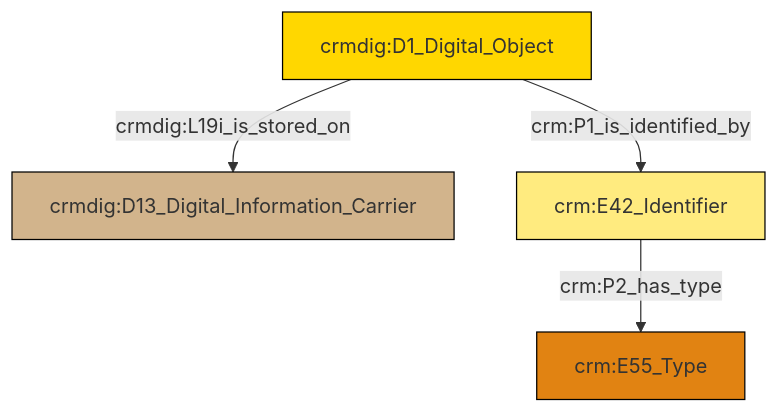
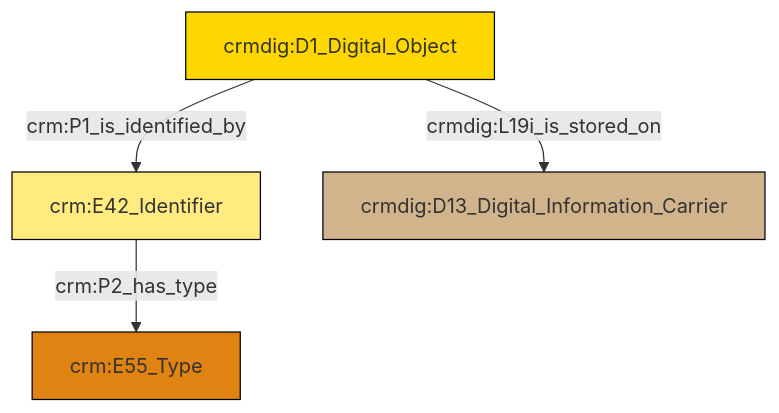
One commit to swiss-art-research-net/reference-data-models changed the diagram in et/doCSV/ttl/mmd/do_location.ttl.mmd. Above: the diagram before and after it, drawn with Mermaid. The commit also changed 124 other files, not shown here.

```diff
--- a/et/doCSV/ttl/mmd/do_location.ttl.mmd
+++ b/et/doCSV/ttl/mmd/do_location.ttl.mmd
@@ -1,18 +1,18 @@
 graph TD
 classDef Literal fill:#f2f2f2,stroke:#000000;
 classDef CRM_Entity fill:#FFFFFF,stroke:#000000;
 classDef Temporal_Entity fill:#00C9E6, stroke:#000000;
 classDef Type fill:#E18312, stroke:#000000;
 classDef Time-Span fill:#2C9C91, stroke:#000000;
 classDef Appellation fill:#FFEB7F, stroke:#000000;
 classDef Place fill:#008836, stroke:#000000;
 classDef Persistent_Item fill:#B266B2, stroke:#000000;
 classDef Conceptual_Object fill:#FFD700, stroke:#000000;
 classDef Physical_Thing fill:#D2B48C, stroke:#000000;
 classDef Actor fill:#f58aad, stroke:#000000;
 classDef PC_Classes fill:#4ce600, stroke:#000000;
 classDef Multi fill:#cccccc,stroke:#000000;
 
-2["crmdig:D1_Digital_Object"]:::Conceptual_Object -->|crmdig:L19i_is_stored_on| 0["crmdig:D13_Digital_Information_Carrier"]:::Physical_Thing
-2["crmdig:D1_Digital_Object"]:::Conceptual_Object -->|crm:P1_is_identified_by| 3["crm:E42_Identifier"]:::Appellation
-3["crm:E42_Identifier"]:::Appellation -->|crm:P2_has_type| 4["crm:E55_Type"]:::Type
+0["crmdig:D1_Digital_Object"]:::Conceptual_Object -->|crm:P1_is_identified_by| 1["crm:E42_Identifier"]:::Appellation
+0["crmdig:D1_Digital_Object"]:::Conceptual_Object -->|crmdig:L19i_is_stored_on| 2["crmdig:D13_Digital_Information_Carrier"]:::Physical_Thing
+1["crm:E42_Identifier"]:::Appellation -->|crm:P2_has_type| 3["crm:E55_Type"]:::Type
```
